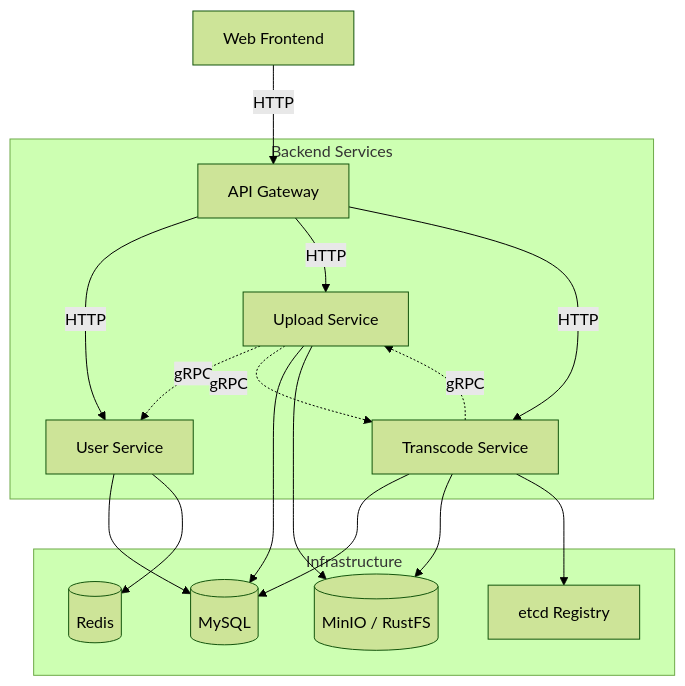
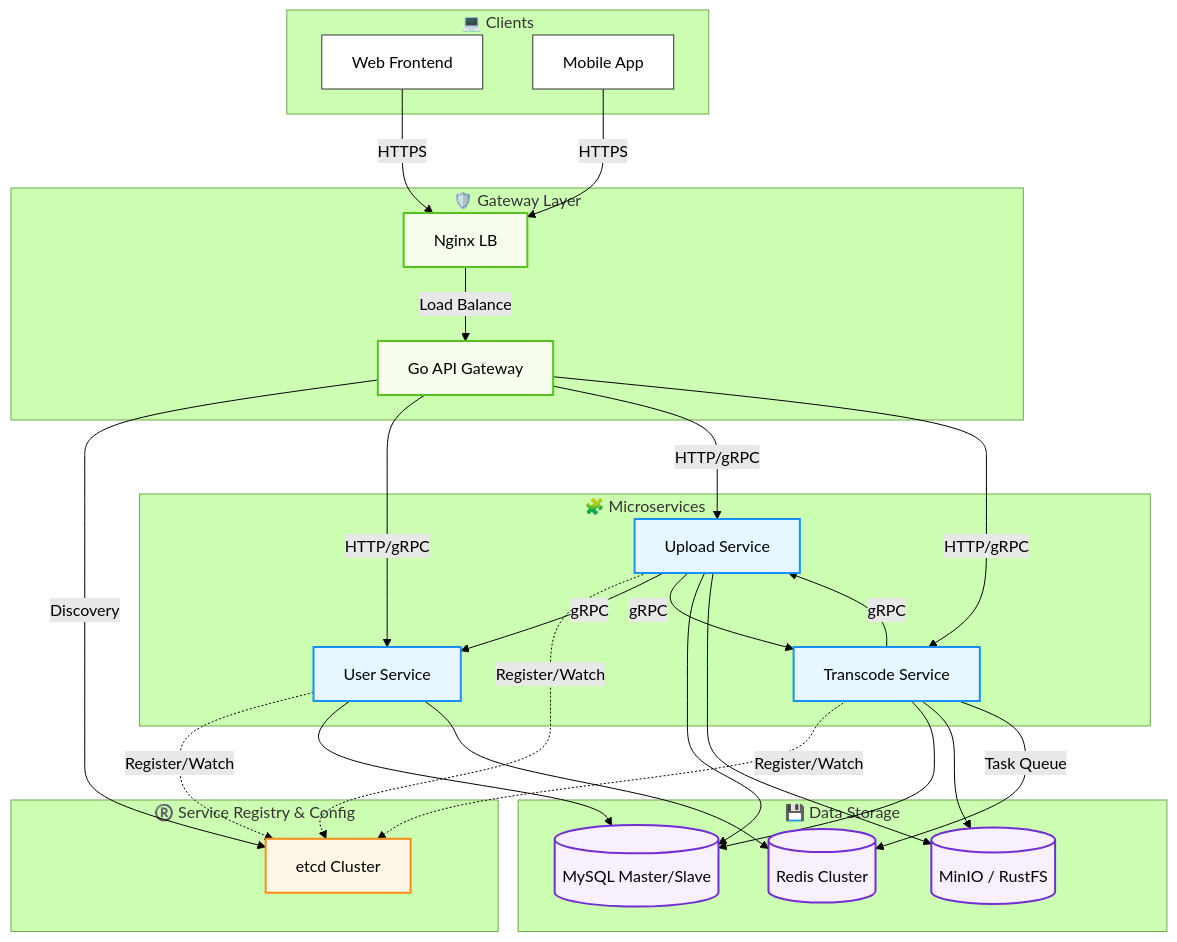
One commit to jiangqiao2/go-video changed the diagram in README.md. Above: the diagram before and after it, drawn with Mermaid (forest theme). The commit also changed other lines of this file, not shown here.

Commit message:
feat:修改readme文档

````diff
--- a/README.md
+++ b/README.md
@@ -38,31 +35,68 @@
 ```mermaid
 graph TD
-    Client[Web Frontend] -->|HTTP| Gateway[API Gateway]
+    %% Styles
+    classDef plain fill:#fff,stroke:#333,stroke-width:1px;
+    classDef blue fill:#e6f7ff,stroke:#1890ff,stroke-width:2px;
+    classDef green fill:#f6ffed,stroke:#52c41a,stroke-width:2px;
+    classDef orange fill:#fff7e6,stroke:#fa8c16,stroke-width:2px;
+    classDef purple fill:#f9f0ff,stroke:#722ed1,stroke-width:2px;
+
+    %% Clients
+    subgraph Clients ["💻 Clients"]
+        Web[Web Frontend]:::plain
+        Mobile[Mobile App]:::plain
+    end
+
+    %% Gateway Layer
+    subgraph GatewayLayer ["🛡️ Gateway Layer"]
+        Nginx[Nginx LB]:::green
+        APIGateway[Go API Gateway]:::green
+    end
+
+    %% Service Registry & Config
+    subgraph Registry ["®️ Service Registry & Config"]
+        Etcd[etcd Cluster]:::orange
+    end
+
+    %% Microservices
+    subgraph Services ["🧩 Microservices"]
+        UserSvc[User Service]:::blue
+        UploadSvc[Upload Service]:::blue
+        TranscodeSvc[Transcode Service]:::blue
+    end
+
+    %% Data Storage
+    subgraph Data ["💾 Data Storage"]
+        MySQL[(MySQL Master/Slave)]:::purple
+        Redis[(Redis Cluster)]:::purple
+        MinIO[(MinIO / RustFS)]:::purple
+    end
+
+    %% Connections
+    Web -->|HTTPS| Nginx
+    Mobile -->|HTTPS| Nginx
+    Nginx -->|Load Balance| APIGateway
     
-    subgraph "Backend Services"
-        Gateway -->|HTTP| UserSvc[User Service]
-        Gateway -->|HTTP| UploadSvc[Upload Service]
-        Gateway -->|HTTP| TranscodeSvc[Transcode Service]
-        
-        UploadSvc -.->|gRPC| UserSvc
-        UploadSvc -.->|gRPC| TranscodeSvc
-        TranscodeSvc -.->|gRPC| UploadSvc
-    end
-    
-    subgraph "Infrastructure"
-        MySQL[(MySQL)]
-        Redis[(Redis)]
-        ObjectStorage[(MinIO / RustFS)]
-        Etcd[etcd Registry]
-    end
-    
+    APIGateway -->|Discovery| Etcd
+    APIGateway -->|HTTP/gRPC| UserSvc
+    APIGateway -->|HTTP/gRPC| UploadSvc
+    APIGateway -->|HTTP/gRPC| TranscodeSvc
+
+    UserSvc -.->|Register/Watch| Etcd
+    UploadSvc -.->|Register/Watch| Etcd
+    TranscodeSvc -.->|Register/Watch| Etcd
+
+    UploadSvc -->|gRPC| UserSvc
+    UploadSvc -->|gRPC| TranscodeSvc
+    TranscodeSvc -->|gRPC| UploadSvc
+
     UserSvc --> MySQL
     UserSvc --> Redis
-    
+
     UploadSvc --> MySQL
-    UploadSvc --> ObjectStorage
-    
+    UploadSvc --> MinIO
+
     TranscodeSvc --> MySQL
-    TranscodeSvc --> ObjectStorage
-    TranscodeSvc --> Etcd
+    TranscodeSvc --> MinIO
+    TranscodeSvc -->|Task Queue| Redis
 ```
````
